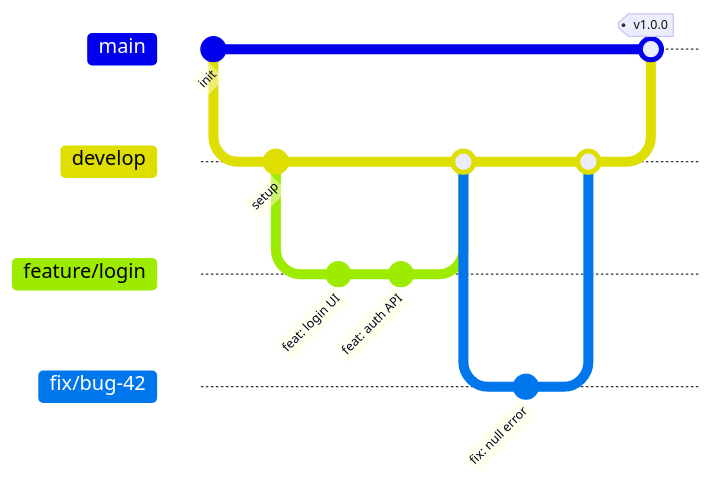
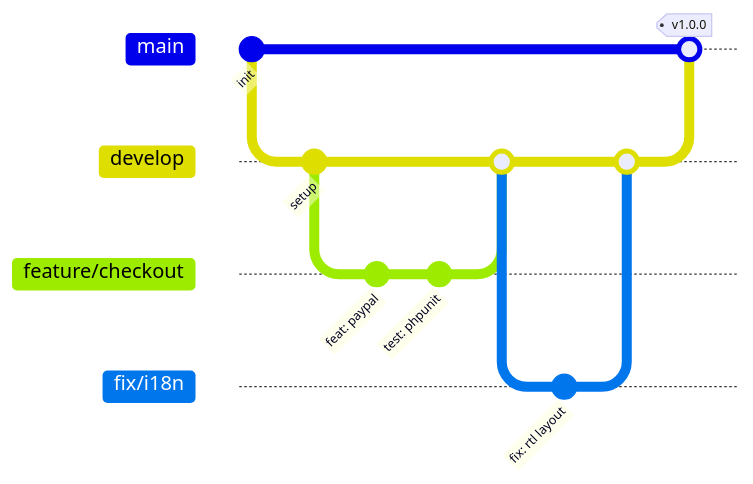
The diagram in README.md (unezac/unezac), drawn with Mermaid before and after one commit. The commit also changed other lines of this file and 6 other files, not shown here.

````diff
--- a/README.md
+++ b/README.md
@@ -157,20 +146,20 @@
 ```mermaid
 gitGraph
    commit id: "init"
    branch develop
    checkout develop
    commit id: "setup"
-   branch feature/login
-   checkout feature/login
-   commit id: "feat: login UI"
-   commit id: "feat: auth API"
+   branch feature/checkout
+   checkout feature/checkout
+   commit id: "feat: paypal"
+   commit id: "test: phpunit"
    checkout develop
-   merge feature/login
-   branch fix/bug-42
-   checkout fix/bug-42
-   commit id: "fix: null error"
+   merge feature/checkout
+   branch fix/i18n
+   checkout fix/i18n
+   commit id: "fix: rtl layout"
    checkout develop
-   merge fix/bug-42
+   merge fix/i18n
    checkout main
    merge develop tag: "v1.0.0"
 ```
````
